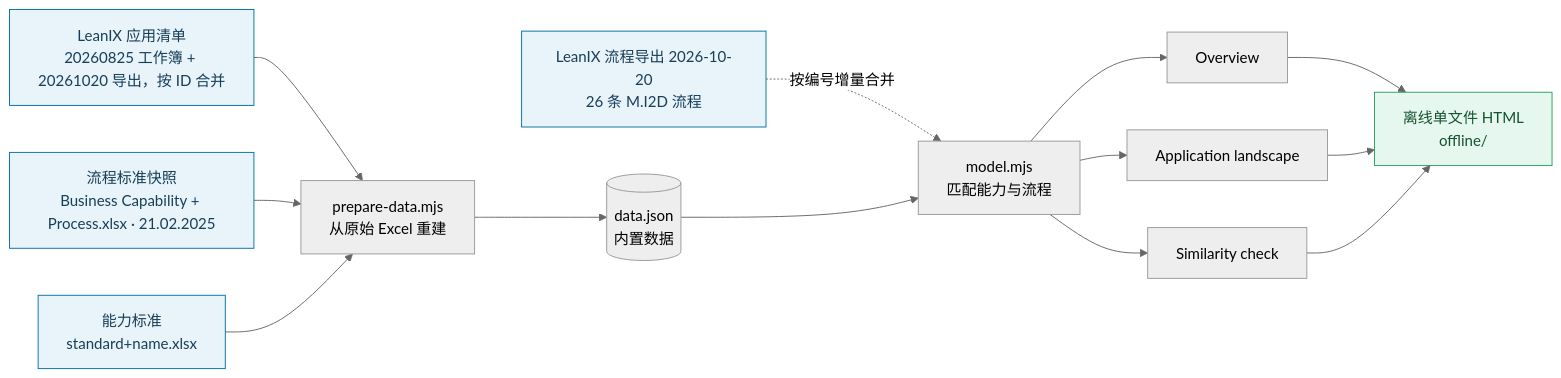
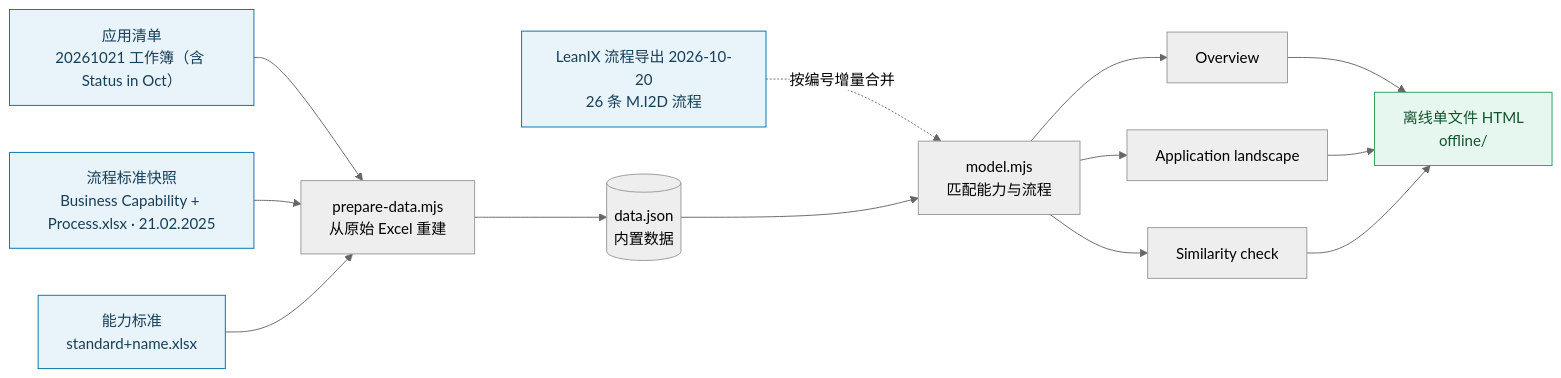
Before and after one commit to 2113326213-design/logistics-digital-portfolio: the diagram in README.md, drawn with Mermaid (neutral theme). The commit also changed other lines of this file and 71 other files, not shown here.

````diff
--- a/README.md
+++ b/README.md
@@ -235,17 +238,17 @@
 ```mermaid
 flowchart LR
-  inv["LeanIX 应用清单<br/>20260825 工作簿 + 20261020 导出，按 ID 合并"] --> prep
+  inv["应用清单<br/>20261021 工作簿（含 Status in Oct）"] --> prep
   std["流程标准快照<br/>Business Capability + Process.xlsx · 21.02.2025"] --> prep
   cap["能力标准<br/>standard+name.xlsx"] --> prep
   prep["prepare-data.mjs<br/>从原始 Excel 重建"] --> data[("data.json<br/>内置数据")]
   lx["LeanIX 流程导出 2026-10-20<br/>26 条 M.I2D 流程"] -. 按编号增量合并 .-> model
   data --> model["model.mjs<br/>匹配能力与流程"]
   model --> ov["Overview"]
   model --> ls["Application landscape"]
   model --> sim["Similarity check"]
   ov & ls & sim --> html["离线单文件 HTML<br/>offline/"]
   classDef src fill:#e8f3fa,stroke:#0071a8,color:#173f58
   classDef out fill:#e6f7ef,stroke:#2e9e5b,color:#14532d
   class inv,std,cap,lx src
   class html out
 ```
````
